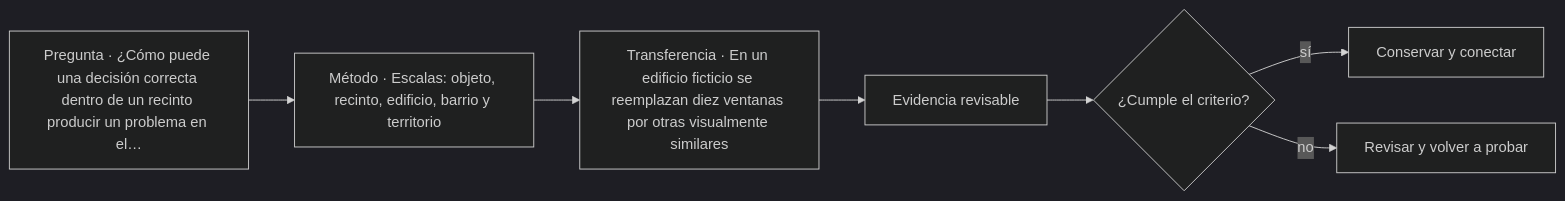
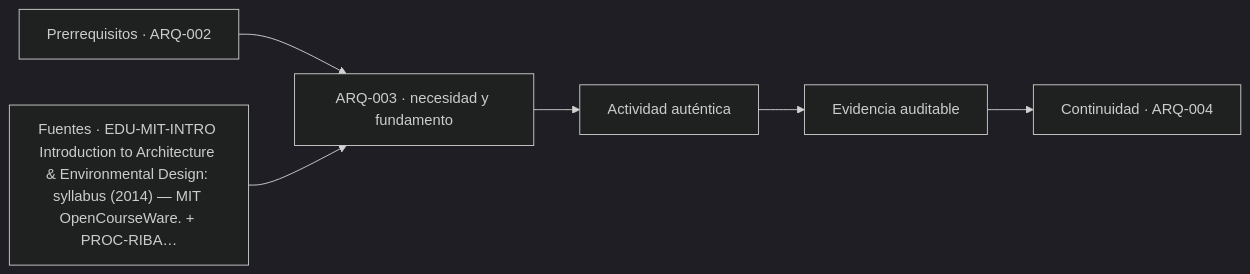
One commit to vladimiracunadev-create/architecture-built-environment-learning-program changed the diagram in classes/parte-01/ARQ-003.md. Above: the diagram before and after it, drawn with Mermaid (dark theme). The commit also changed other lines of this file and 761 other files, not shown here.

````diff
--- a/classes/parte-01/ARQ-003.md
+++ b/classes/parte-01/ARQ-003.md
@@ -81,9 +93,8 @@
 ```mermaid
 flowchart LR
-    Q["Pregunta · ¿Cómo puede una decisión correcta dentro de un recinto producir un problema en el…"] --> M["Método · Escalas: objeto, recinto, edificio, barrio y territorio"]
-    M --> P["Transferencia · En un edificio ficticio se reemplazan diez ventanas por otras visualmente similares"]
-    P --> E["Evidencia revisable"]
-    E --> C{"¿Cumple el criterio?"}
-    C -->|sí| T["Conservar y conectar"]
-    C -->|no| R["Revisar y volver a probar"]
+    A["Prerrequisitos · ARQ-002"] --> B["ARQ-003 · necesidad y fundamento"]
+    S["Fuentes · EDU-MIT-INTRO Introduction to Architecture & Environmental Design: syllabus (2014) — MIT OpenCourseWare. + PROC-RIBA…"] --> B
+    B --> C["Actividad auténtica"]
+    C --> D["Evidencia auditable"]
+    D --> E["Continuidad · ARQ-004"]
 ```
````
